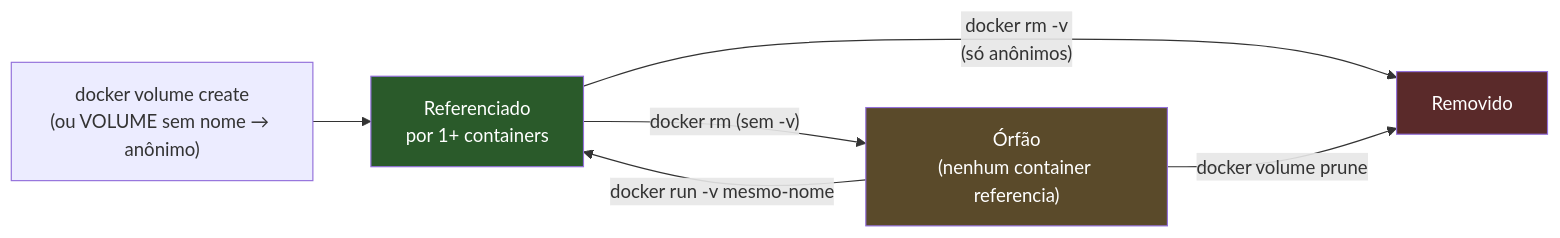
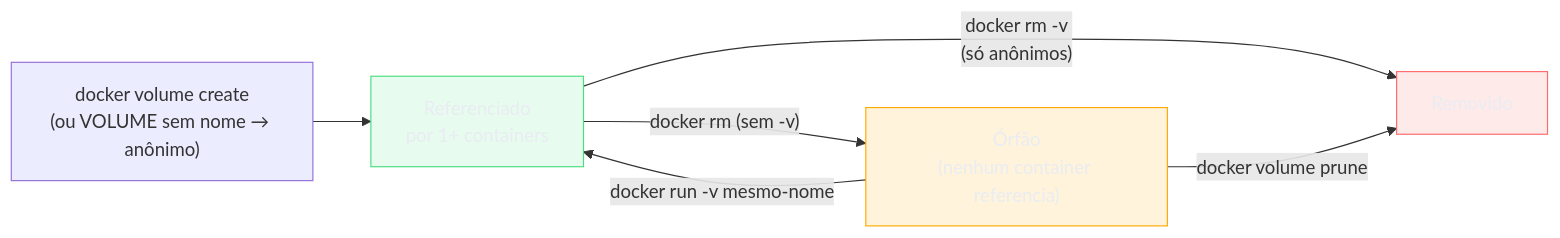
Before and after one commit to josenaldo/codex-technomanticus: the second of 2 diagrams in 03-Dominios/Tecnologia/Infraestrutura/Docker/06 - Dados que sobrevivem ao container.md, drawn with Mermaid. The commit also changed other lines of this file and 1181 other files, not shown here.

First line of the commit message:
fix(diagramas): paleta do sistema no lugar de cor cravada no markdown

````diff
--- a/03-Dominios/Tecnologia/Infraestrutura/Docker/06 - Dados que sobrevivem ao container.md
+++ b/03-Dominios/Tecnologia/Infraestrutura/Docker/06 - Dados que sobrevivem ao container.md
@@ -289,12 +292,15 @@
 ```mermaid
 flowchart LR
+    classDef falha fill:#FF6B6B24,stroke:#FF6B6B,color:#E9ECF2
+    classDef destaque fill:#FFAA0024,stroke:#FFAA00,color:#E9ECF2
+    classDef ok fill:#4ADE8021,stroke:#4ADE80,color:#E9ECF2
     A["docker volume create<br/>(ou VOLUME sem nome → anônimo)"] --> B["Referenciado<br/>por 1+ containers"]
     B -->|"docker rm (sem -v)"| C["Órfão<br/>(nenhum container referencia)"]
     B -->|"docker rm -v<br/>(só anônimos)"| D["Removido"]
     C -->|"docker volume prune"| D
     C -->|"docker run -v mesmo-nome"| B
 
-    style D fill:#5a2a2a,color:#fff
-    style C fill:#5a4a2a,color:#fff
-    style B fill:#2a5a2a,color:#fff
+    class D falha
+    class C destaque
+    class B ok
 ```
````
